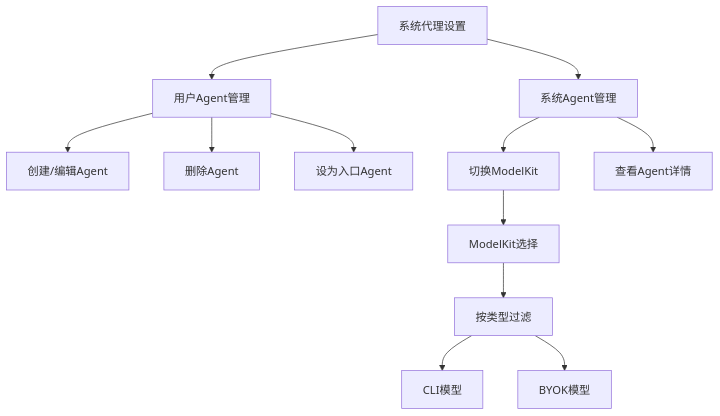
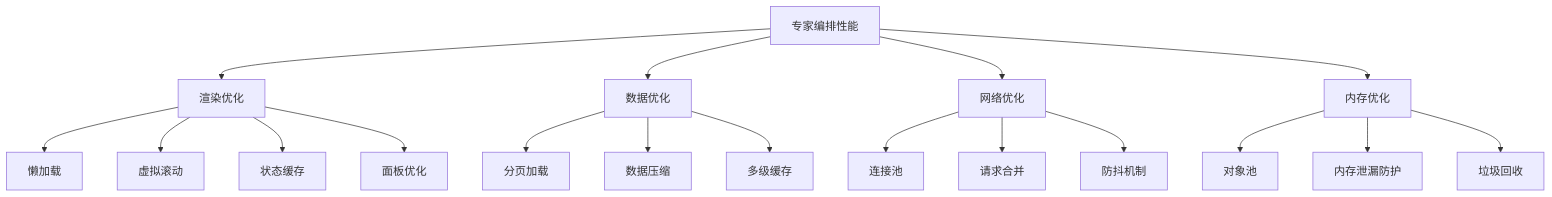
One commit to coconilu/RepoHelm changed diagram 20 of 22 in .qoder/repowiki/zh/content/Web 前端应用/Web 前端应用.md. Above: the diagram before and after it, drawn with Mermaid. The commit also changed other lines of this file and 14 other files, not shown here.

````diff
--- a/.qoder/repowiki/zh/content/Web 前端应用/Web 前端应用.md
+++ b/.qoder/repowiki/zh/content/Web 前端应用/Web 前端应用.md
@@ -930,14 +1351,20 @@
 ```mermaid
 flowchart TD
-SystemProxy["系统代理设置"] --> UserAgents["用户Agent管理"]
-SystemProxy --> SystemAgents["系统Agent管理"]
-UserAgents --> CreateEdit["创建/编辑Agent"]
-UserAgents --> DeleteAgent["删除Agent"]
-UserAgents --> SetEntry["设为入口Agent"]
-SystemAgents --> SwitchKit["切换ModelKit"]
-SystemAgents --> ViewDetails["查看Agent详情"]
-SwitchKit --> KitSelection["ModelKit选择"]
-KitSelection --> TypeFilter["按类型过滤"]
-TypeFilter --> CLIFilter["CLI模型"]
-TypeFilter --> BYOKFilter["BYOK模型"]
+Performance["专家编排性能"] --> Rendering["渲染优化"]
+Performance --> DataOptimization["数据优化"]
+Performance --> NetworkOptimization["网络优化"]
+Performance --> MemoryOptimization["内存优化"]
+Rendering --> LazyLoading["懒加载"]
+Rendering --> VirtualScroll["虚拟滚动"]
+Rendering --> StateCache["状态缓存"]
+Rendering --> PanelOptimization["面板优化"]
+DataOptimization --> Pagination["分页加载"]
+DataOptimization --> Compression["数据压缩"]
+DataOptimization --> MultiLevelCache["多级缓存"]
+NetworkOptimization --> ConnectionPool["连接池"]
+NetworkOptimization --> RequestMerge["请求合并"]
+NetworkOptimization --> Debounce["防抖机制"]
+MemoryOptimization --> ObjectPool["对象池"]
+MemoryOptimization --> LeakProtection["内存泄漏防护"]
+MemoryOptimization --> GarbageCollection["垃圾回收"]
 ```
````
